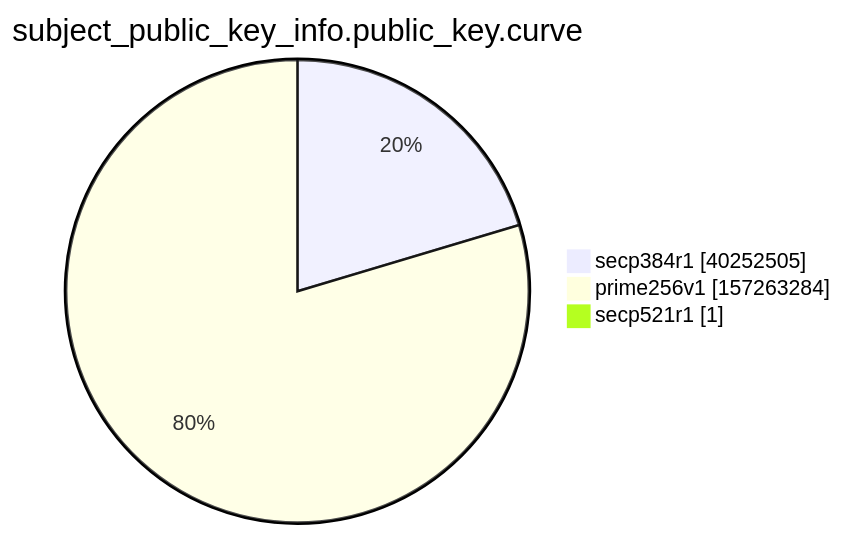
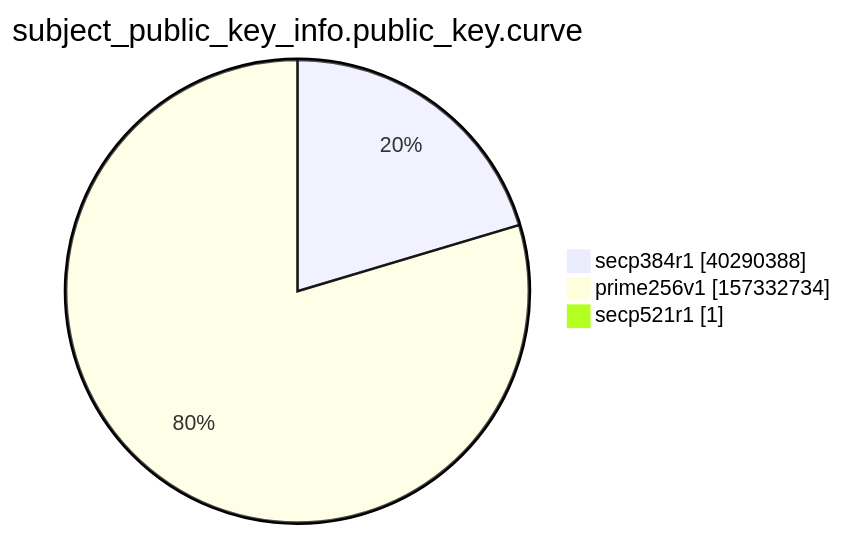
One commit to christiankrug/ctmonitor_visualization changed the ninth of 15 diagrams in xenon2022/README.md. Above: the diagram before and after it, drawn with Mermaid. The commit also changed other lines of this file, not shown here.

````diff
--- a/xenon2022/README.md
+++ b/xenon2022/README.md
@@ -2866,7 +2866,7 @@
 ```mermaid
 pie showData
 title subject_public_key_info.public_key.curve
-"secp384r1" :40252505
-"prime256v1" :157263284
+"secp384r1" :40290388
+"prime256v1" :157332734
 "secp521r1" :1
 ```
````
